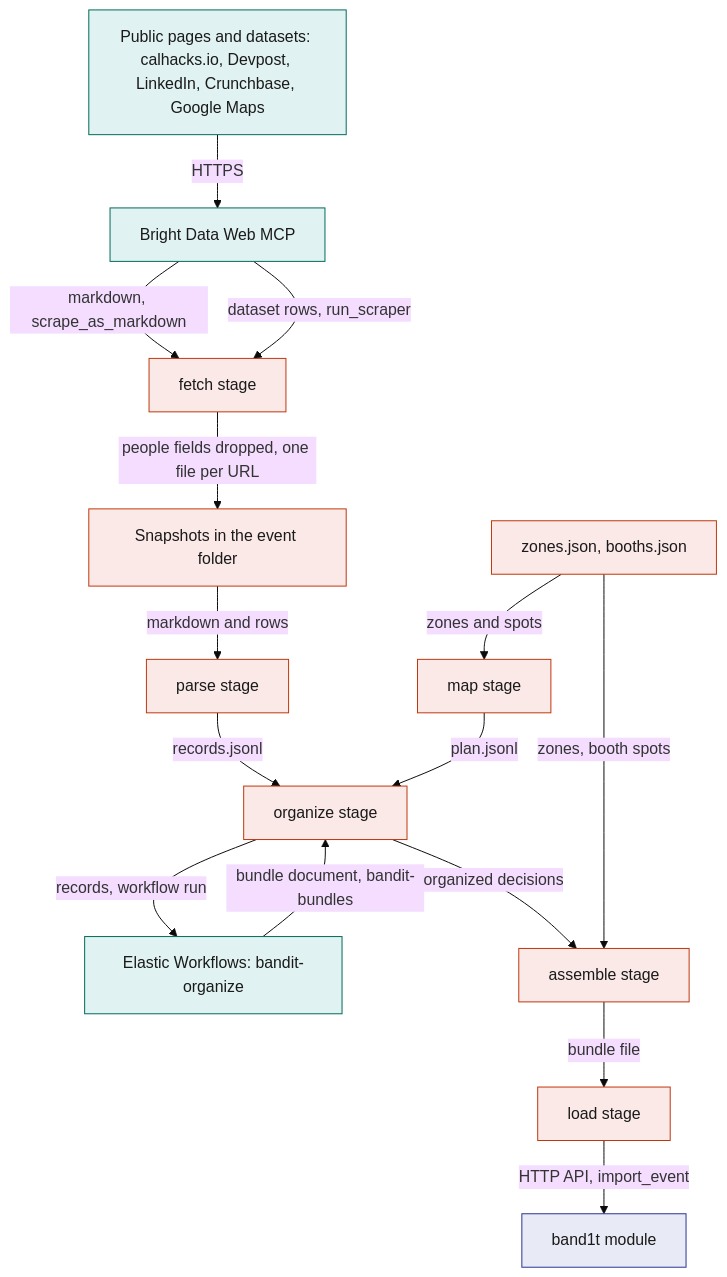
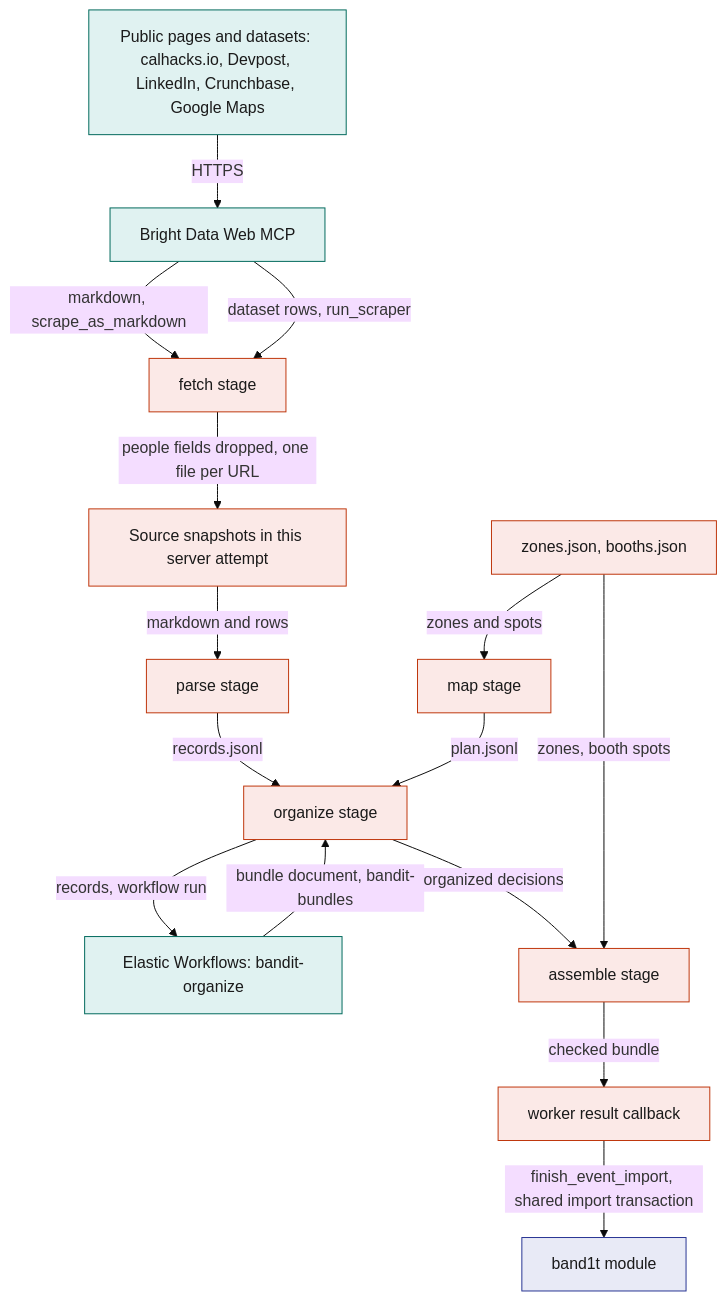
One commit to viktorinkov/cal-hacks-13 changed the first of 8 diagrams in System Design/7-integrations/Bright-Data.md. Above: the diagram before and after it, drawn with Mermaid (base theme). The commit also changed other lines of this file and 39 other files, not shown here.

````diff
--- a/System Design/7-integrations/Bright-Data.md
+++ b/System Design/7-integrations/Bright-Data.md
@@ -149,23 +161,23 @@
 ```mermaid
 flowchart TB
   SRC["Public pages and datasets: calhacks.io, Devpost, LinkedIn, Crunchbase, Google Maps"] -->|"HTTPS"| BD["Bright Data Web MCP"]
   BD -->|"markdown, scrape_as_markdown"| F["fetch stage"]
   BD -->|"dataset rows, run_scraper"| F
-  F -->|"people fields dropped, one file per URL"| SNAP["Snapshots in the event folder"]
+  F -->|"people fields dropped, one file per URL"| SNAP["Source snapshots in this server attempt"]
   SNAP -->|"markdown and rows"| P["parse stage"]
   SEED["zones.json, booths.json"] -->|"zones and spots"| M["map stage"]
   P -->|"records.jsonl"| O["organize stage"]
   M -->|"plan.jsonl"| O
   O -->|"records, workflow run"| ES["Elastic Workflows: bandit-organize"]
   ES -->|"bundle document, bandit-bundles"| O
   O -->|"organized decisions"| A["assemble stage"]
   SEED -->|"zones, booth spots"| A
-  A -->|"bundle file"| L["load stage"]
-  L -->|"HTTP API, import_event"| STDB["band1t module"]
+  A -->|"checked bundle"| L["worker result callback"]
+  L -->|"finish_event_import, shared import transaction"| STDB["band1t module"]
   classDef rust fill:#FBE9E7,stroke:#BF360C,color:#1A1A1A
   classDef stdb fill:#E8EAF6,stroke:#283593,color:#1A1A1A
   classDef ext fill:#E0F2F1,stroke:#00695C,color:#1A1A1A
   class F,P,M,O,A,L,SNAP,SEED rust
   class STDB stdb
   class SRC,BD,ES ext
 ```
````
